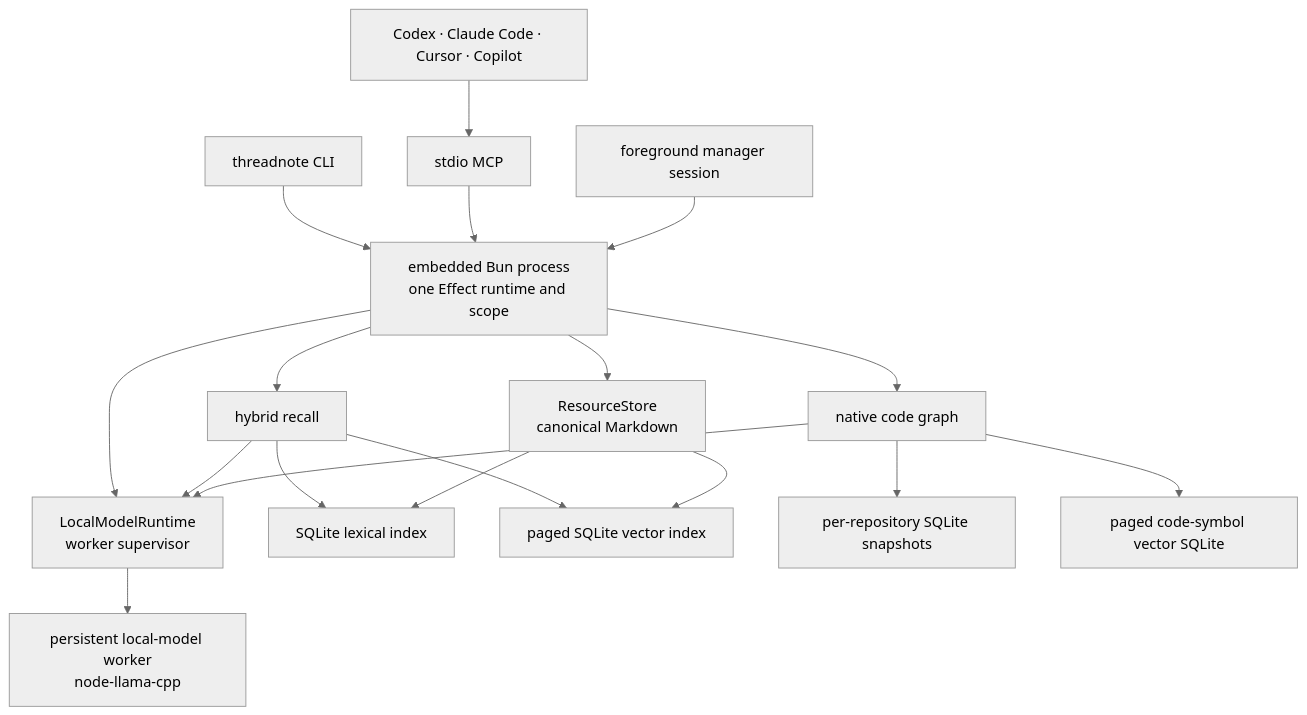
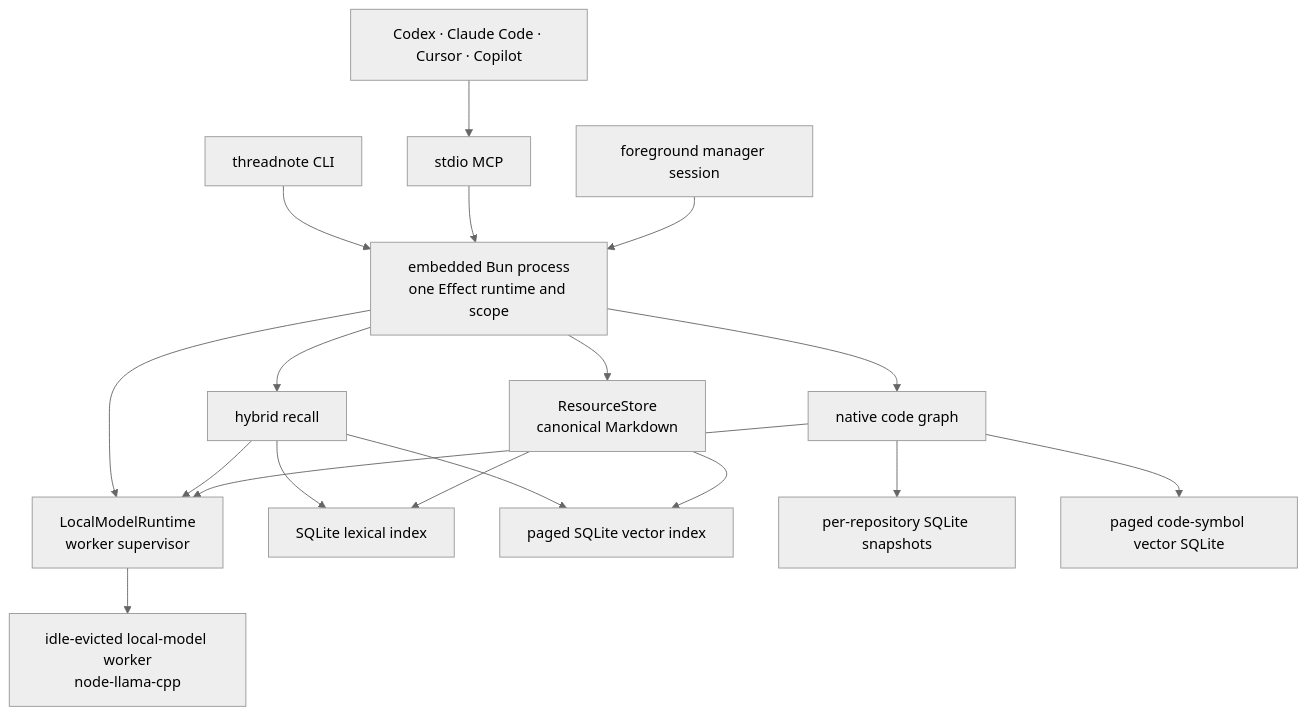
One commit to Kashkovsky/threadnote changed the diagram in docs/architecture.md. Above: the diagram before and after it, drawn with Mermaid (neutral theme). The commit also changed other lines of this file and 102 other files, not shown here.

````diff
--- a/docs/architecture.md
+++ b/docs/architecture.md
@@ -23,20 +25,20 @@
 ```mermaid
 flowchart TD
     Agents["Codex · Claude Code · Cursor · Copilot"] --> MCP["stdio MCP"]
     CLI["threadnote CLI"] --> Runtime["embedded Bun process<br/>one Effect runtime and scope"]
     MCP --> Runtime
     Manager["foreground manager session"] --> Runtime
     Runtime --> Store["ResourceStore<br/>canonical Markdown"]
     Runtime --> Recall["hybrid recall"]
     Runtime --> CodeGraph["native code graph"]
     Runtime --> Supervisor["LocalModelRuntime<br/>worker supervisor"]
-    Supervisor --> Worker["persistent local-model worker<br/>node-llama-cpp"]
+    Supervisor --> Worker["idle-evicted local-model worker<br/>node-llama-cpp"]
     Recall --> Supervisor
     CodeGraph --> Supervisor
     Recall --> Lexical["SQLite lexical index"]
     Recall --> Vectors["paged SQLite vector index"]
     CodeGraph --> GraphSqlite["per-repository SQLite snapshots"]
     CodeGraph --> GraphVectors["paged code-symbol vector SQLite"]
     Store --> Lexical
     Store --> Vectors
 ```
````
